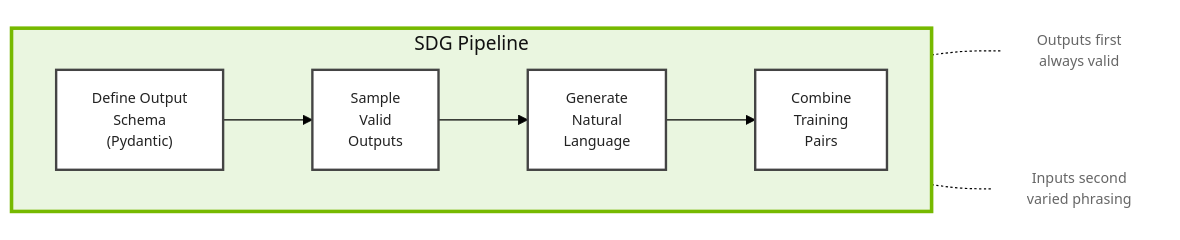
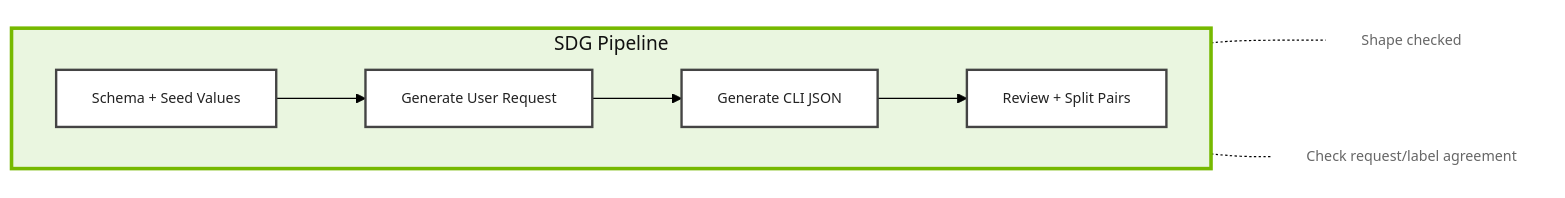
One commit to brevdev/workshop-build-an-agent changed the diagram in .devx/4-agent-customization/img/sdg_pipeline.mmd. Above: the diagram before and after it, drawn with Mermaid. The commit also changed 327 other files, not shown here.

```diff
--- a/.devx/4-agent-customization/img/sdg_pipeline.mmd
+++ b/.devx/4-agent-customization/img/sdg_pipeline.mmd
@@ -1,23 +1,22 @@
 ---
 config:
   theme: 'base'
   themeVariables:
     primaryColor: '#eaf6e0'
     secondaryColor: '#eaf6e0'
     background: white
 ---
 
 flowchart LR
 
     subgraph sdg[SDG Pipeline]
         direction LR
-        schema[Define Output<br />Schema<br />#40;Pydantic#41;] --> sample[Sample<br />Valid<br />Outputs] --> generate[Generate<br />Natural<br />Language] --> combine[Combine<br />Training<br />Pairs]
+        schema[Schema + Seed Values] --> sample[Generate User Request] --> generate[Generate CLI JSON] --> combine[Review + Split Pairs]
     end
-
-    schema -.- schema_label[Outputs first<br />always valid]
-    generate -.- generate_label[Inputs second<br />varied phrasing]
+    schema -.- schema_label[Shape checked]
+    generate -.- generate_label[Check request/label agreement]
 
     classDef node fill:#fff,stroke:#444,stroke-width:2px,color:#222;
     classDef cluster fill:#eaf6e0,stroke:#76b900,stroke-width:3px,color:#111,rounded corners,shadow;
     classDef label fill:none,stroke:none,color:#666,font-size:12px;
     class schema_label,generate_label label;
```
